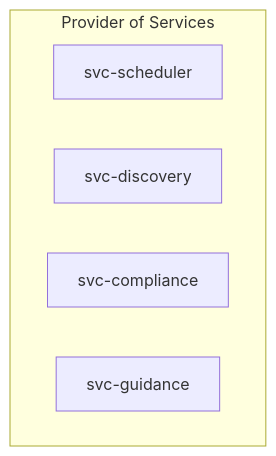
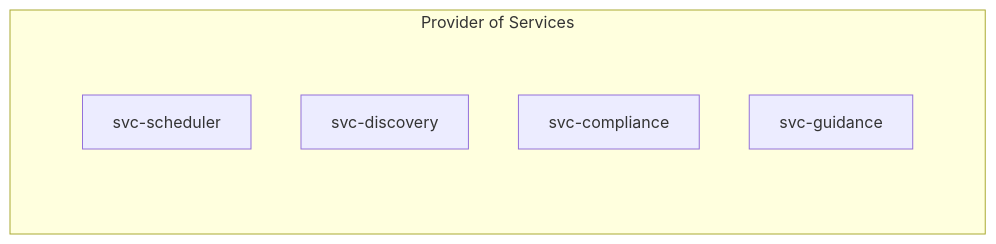
The first of 6 diagrams in docs/conops.md (aetheric-oss/se-services), drawn with Mermaid before and after one commit. The commit also changed other lines of this file, not shown here.

Commit message:
Add padding to diagrams

````diff
--- a/docs/conops.md
+++ b/docs/conops.md
@@ -101,11 +101,15 @@
 ```mermaid
 graph TB
+classDef subgraph_padding fill:none,stroke:none
 
-subgraph p[Provider of Services]
-	sched[svc-scheduler]
-	dcvr[svc-discovery]
-	com[svc-compliance]
-	guid[svc-guidance]
+subgraph Provider of Services
+    subgraph p [ ]
+        sched[svc-scheduler]
+        dcvr[svc-discovery]
+        com[svc-compliance]
+        guid[svc-guidance]
+    end
 end
 
+class p subgraph_padding
 ```
````
